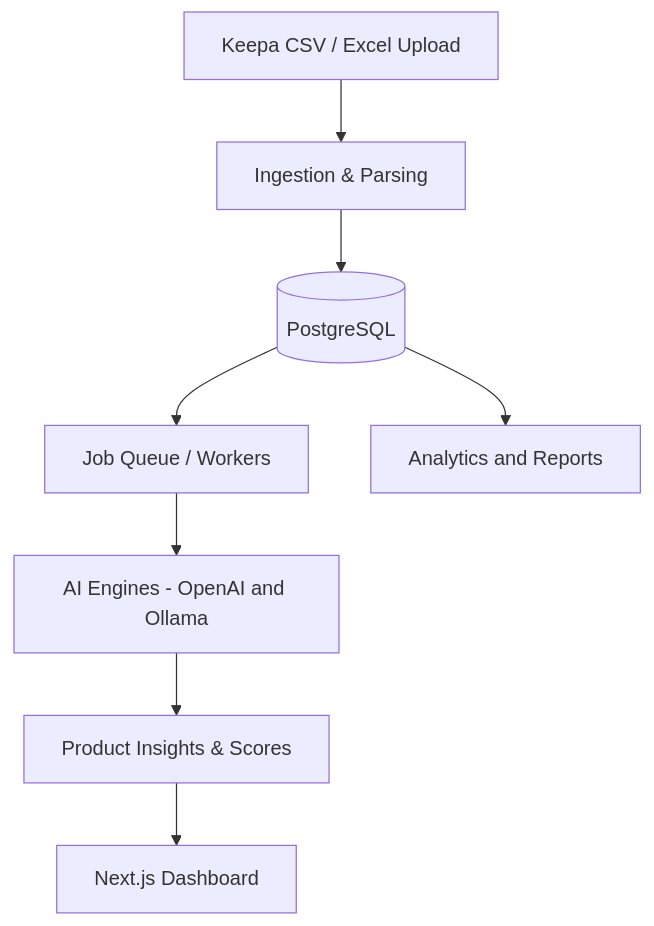
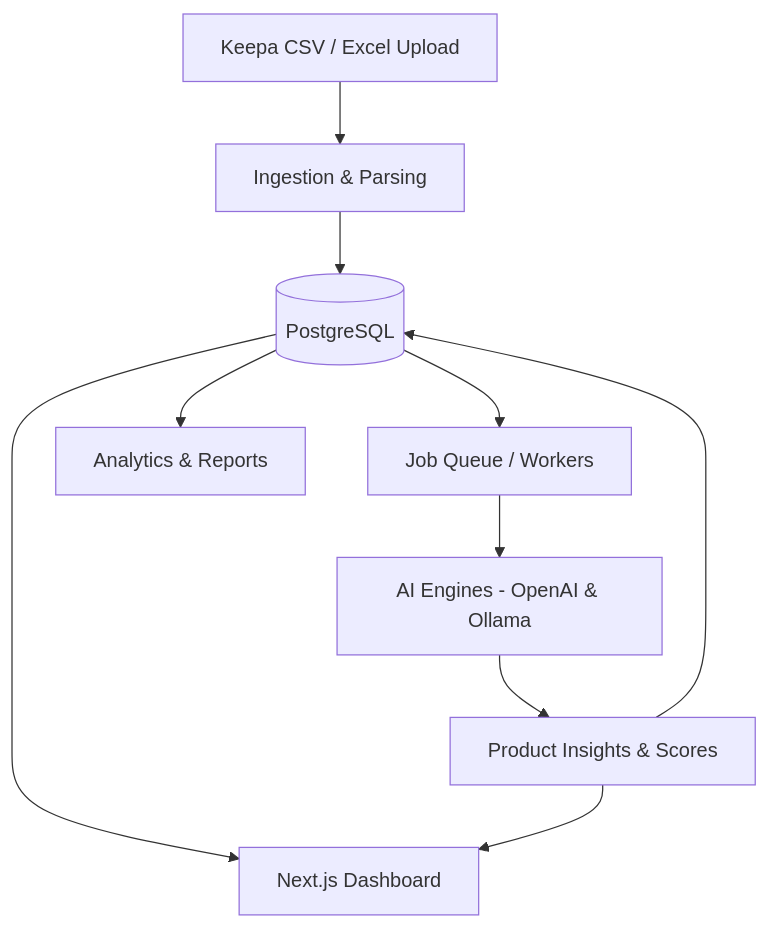
One commit to merickarpat/meric.karpat changed the first of 2 diagrams in README.md. Above: the diagram before and after it, drawn with Mermaid. The commit also changed other lines of this file, not shown here.

````diff
--- a/README.md
+++ b/README.md
@@ -61,10 +61,16 @@
 ```mermaid
 flowchart TB
-  A[Keepa CSV / Excel Upload] --> B[Ingestion & Parsing]
-  B --> C[(PostgreSQL)]
-  C --> D[Job Queue / Workers]
-  D --> E[AI Engines - OpenAI and Ollama]
-  E --> F[Product Insights & Scores]
-  F --> G[Next.js Dashboard]
-  C --> H[Analytics and Reports]
+  upload[Keepa CSV / Excel Upload] --> ingest[Ingestion & Parsing]
+  ingest --> db[(PostgreSQL)]
+
+  db --> queue[Job Queue / Workers]
+  queue --> ai[AI Engines - OpenAI & Ollama]
+  ai --> insights[Product Insights & Scores]
+
+  insights --> db
+
+  db --> dashboard[Next.js Dashboard]
+  insights --> dashboard
+
+  db --> reports[Analytics & Reports]
 ```
````
